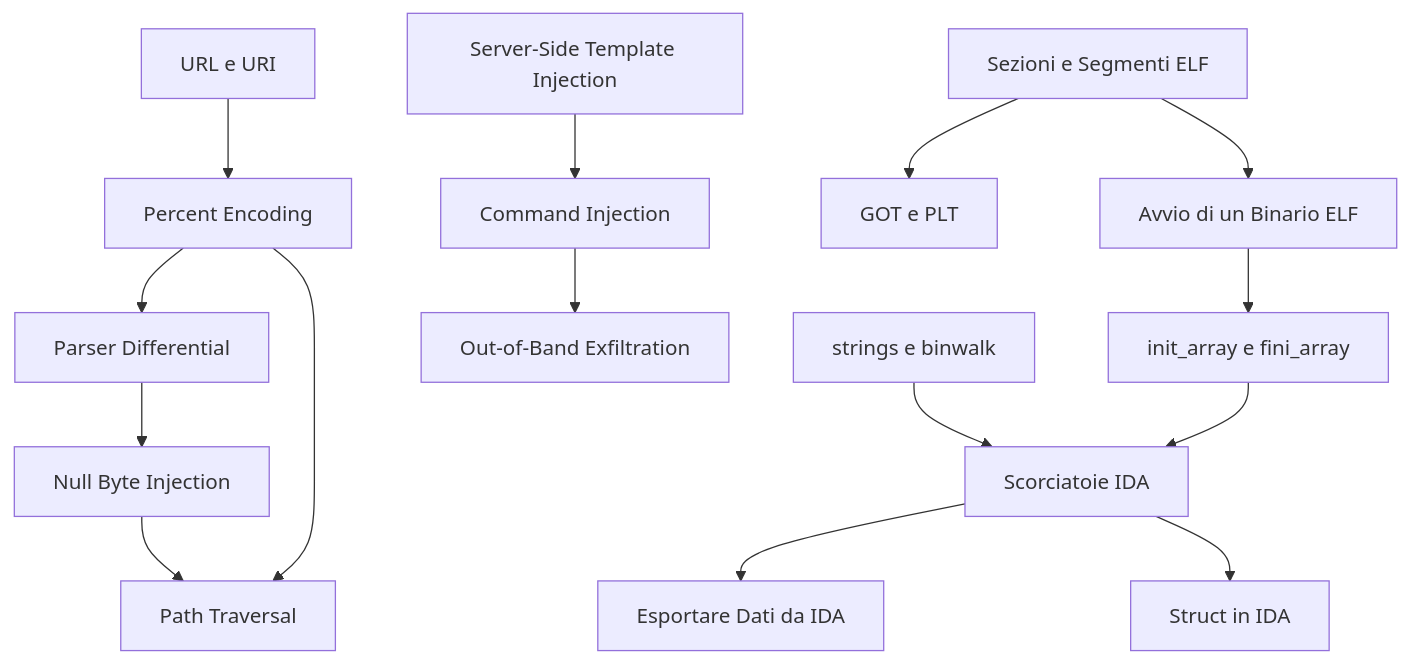
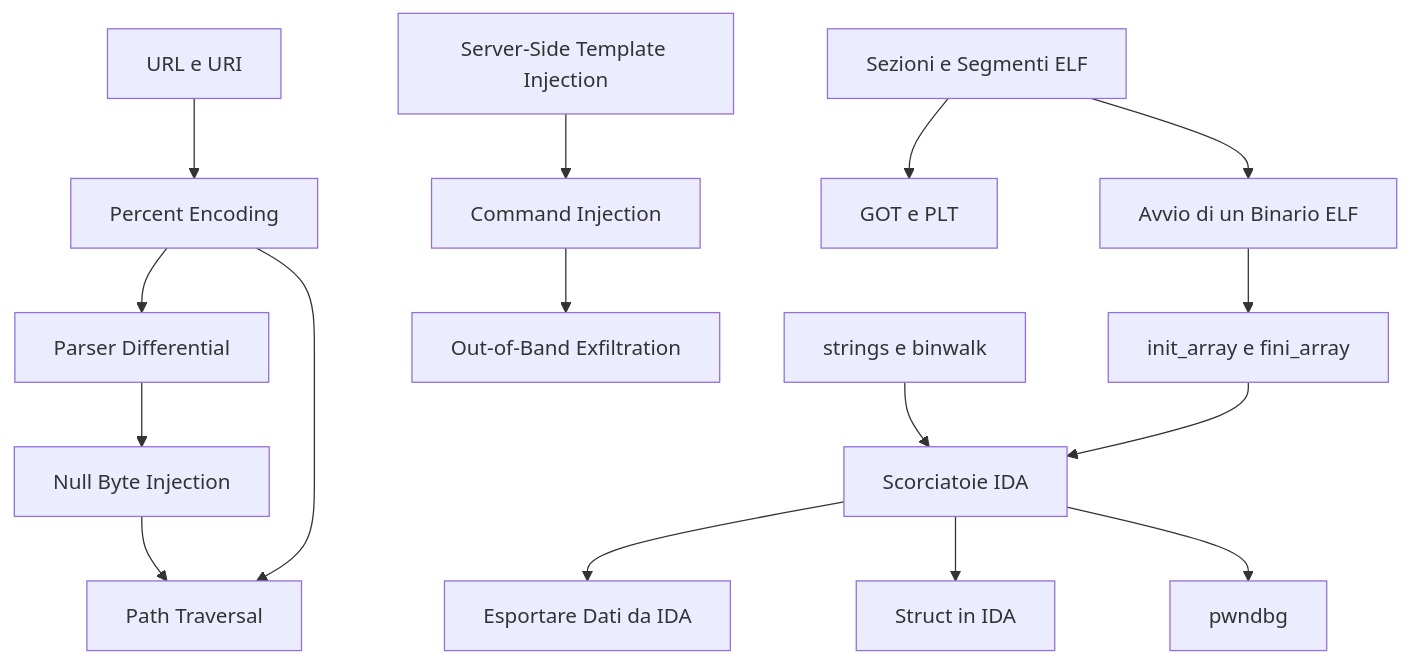
Before and after one commit to Armidon1/Obsidian-University: the diagram in University/Extra/CyberBootCamp/Concetti/MOC - CyberBootCamp.md, drawn with Mermaid. The commit also changed other lines of this file and 1 other file, not shown here.

Commit message:
update: nota pwndbg nel CyberBootCamp e link nel MOC

````diff
--- a/University/Extra/CyberBootCamp/Concetti/MOC - CyberBootCamp.md
+++ b/University/Extra/CyberBootCamp/Concetti/MOC - CyberBootCamp.md
@@ -40,17 +40,18 @@
 ```mermaid
 flowchart TD
     URL[URL e URI] --> PE[Percent Encoding]
     PE --> PD[Parser Differential]
     PD --> NB[Null Byte Injection]
     PE --> PT[Path Traversal]
     NB --> PT
     SSTI[Server-Side Template Injection] --> CI[Command Injection]
     CI --> OOB[Out-of-Band Exfiltration]
     ELF[Sezioni e Segmenti ELF] --> GOT[GOT e PLT]
     ELF --> AV[Avvio di un Binario ELF]
     AV --> INIT[init_array e fini_array]
     SB[strings e binwalk] --> IDA[Scorciatoie IDA]
     IDA --> EX[Esportare Dati da IDA]
     IDA --> ST[Struct in IDA]
     INIT --> IDA
+    IDA --> PWN[pwndbg]
 ```
````
